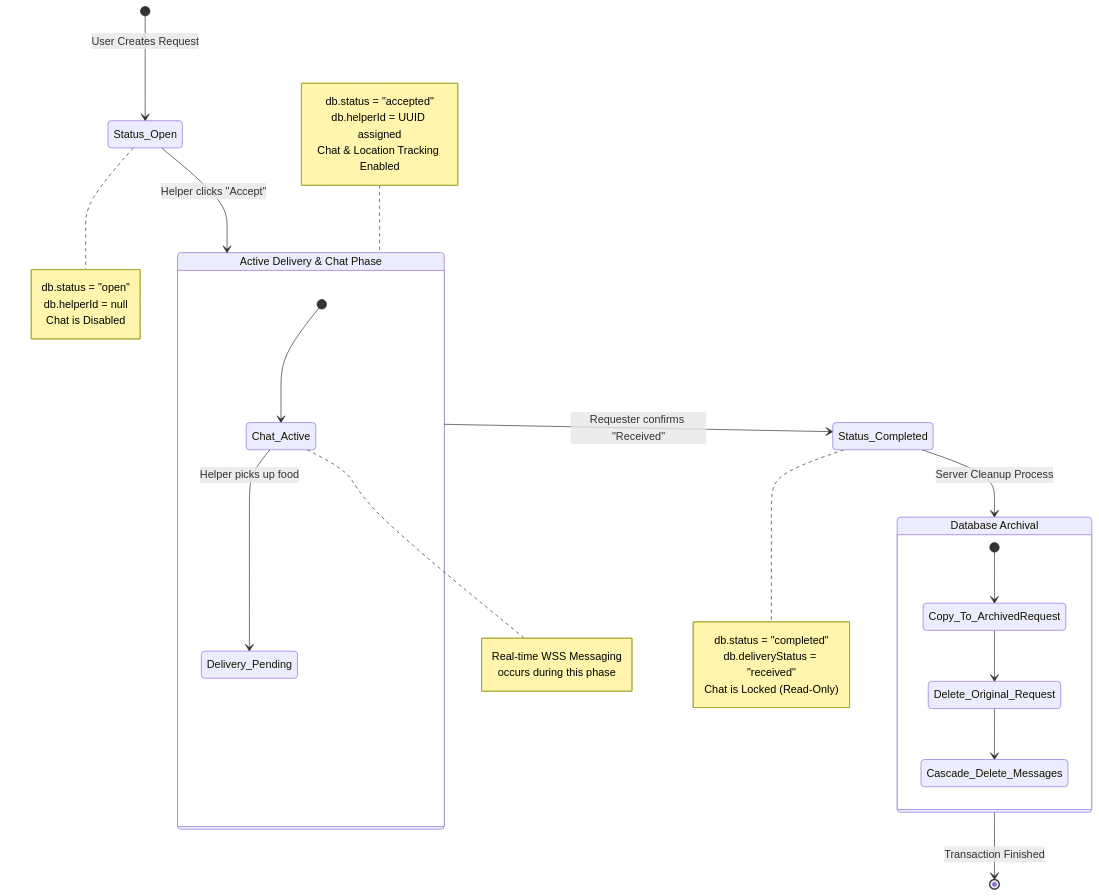
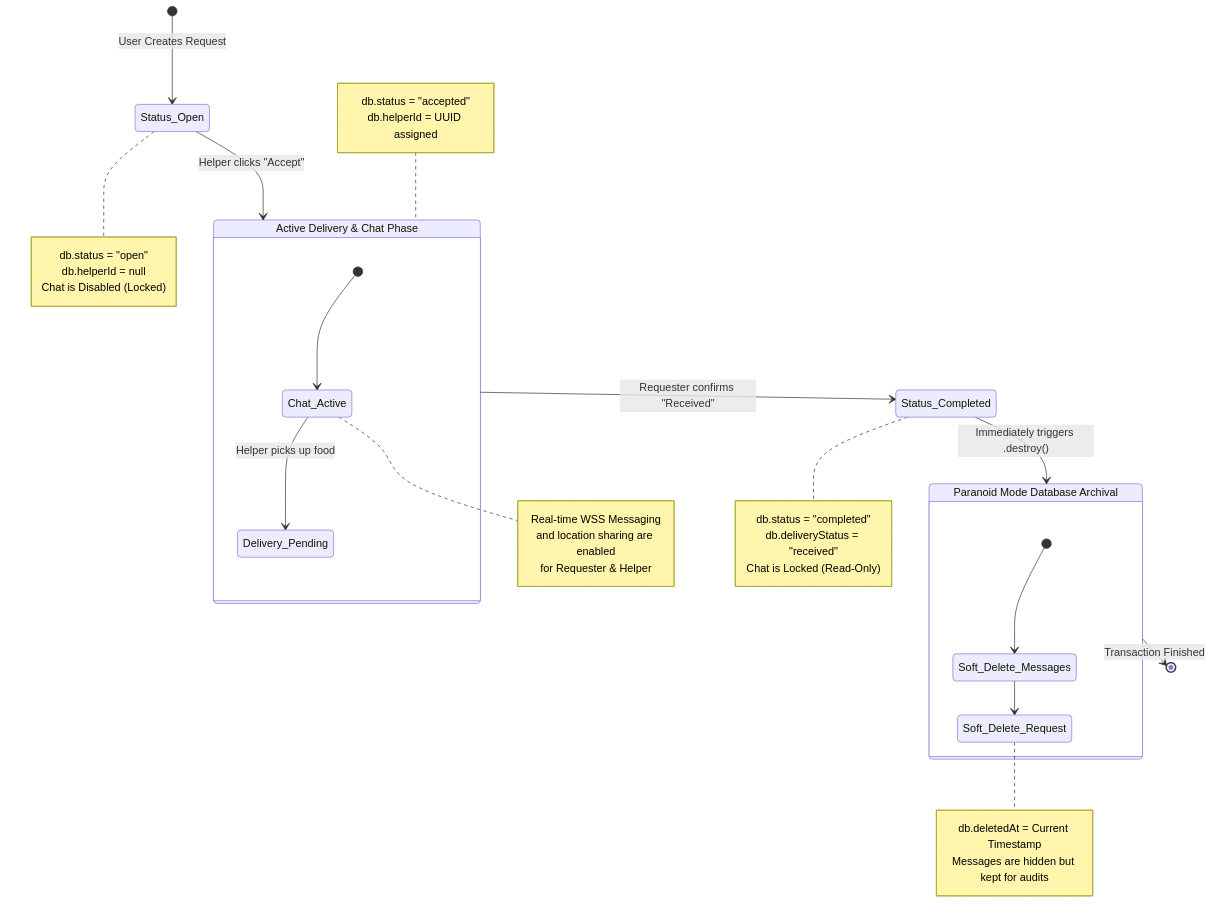
One commit to MagiCarpy/ucladn changed the diagram in Diagrams/chat_state_diagram.md. Above: the diagram before and after it, drawn with Mermaid. The commit also changed other lines of this file and 10 other files, not shown here.

Commit message:
Fixed diagrams to adhere to actual codebase and database implementation. Changed receiverConfirmed to deliveryStatus.

````diff
--- a/Diagrams/chat_state_diagram.md
+++ b/Diagrams/chat_state_diagram.md
@@ -5,49 +5,53 @@
 ```mermaid
 stateDiagram-v2
     direction TB
-    
+
     [*] --> Status_Open : User Creates Request
-    
+
     note right of Status_Open
       db.status = "open"
       db.helperId = null
-      Chat is Disabled
+      Chat is Disabled (Locked)
     end note
 
     Status_Open --> Status_Accepted : Helper clicks "Accept"
-    
+
     state "Active Delivery & Chat Phase" as Status_Accepted {
         [*] --> Chat_Active
-        
+
         note right of Chat_Active
             Real-time WSS Messaging
-            occurs during this phase
+            and location sharing are enabled
+            for Requester & Helper
         end note
-        
+
         Chat_Active --> Delivery_Pending : Helper picks up food
     }
-    
+
     note left of Status_Accepted
       db.status = "accepted"
       db.helperId = UUID assigned
-      Chat & Location Tracking Enabled
     end note
 
     Status_Accepted --> Status_Completed : Requester confirms "Received"
-    
+
     note right of Status_Completed
       db.status = "completed"
       db.deliveryStatus = "received"
       Chat is Locked (Read-Only)
     end note
-    
-    Status_Completed --> Archival : Server Cleanup Process
-    
-    state "Database Archival" as Archival {
-        [*] --> Copy_To_ArchivedRequest
-        Copy_To_ArchivedRequest --> Delete_Original_Request
-        Delete_Original_Request --> Cascade_Delete_Messages
+
+    Status_Completed --> Paranoid_Archive : Immediately triggers .destroy()
+
+    state "Paranoid Mode Database Archival" as Paranoid_Archive {
+        [*] --> Soft_Delete_Messages
+        Soft_Delete_Messages --> Soft_Delete_Request
+        
+        note right of Soft_Delete_Request
+          db.deletedAt = Current Timestamp
+          Messages are hidden but kept for audits
+        end note
     }
-    
-    Archival --> [*] : Transaction Finished
+
+    Paranoid_Archive --> [*] : Transaction Finished
 ```
````
